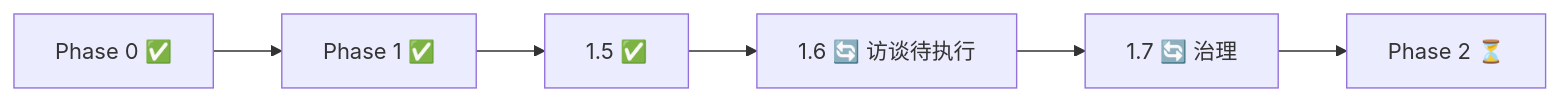
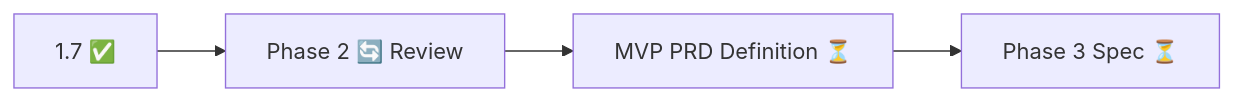
Before and after one commit to LeapMaCoder/ai-engineer-os: the diagram in docs/00_Project/Project_Dashboard.md, drawn with Mermaid. The commit also changed other lines of this file and 20 other files, not shown here.

First line of the commit message:
docs: add Phase 2 MVP definition and Founder Review revisions

````diff
--- a/docs/00_Project/Project_Dashboard.md
+++ b/docs/00_Project/Project_Dashboard.md
@@ -33,8 +31,6 @@
 ```mermaid
 flowchart LR
-  P0[Phase 0 ✅] --> P1[Phase 1 ✅]
-  P1 --> P15[1.5 ✅]
-  P15 --> P16[1.6 🔄 访谈待执行]
-  P16 --> P17[1.7 🔄 治理]
-  P17 --> P2[Phase 2 ⏳]
+  P17[1.7 ✅] --> P2[Phase 2 🔄 Review]
+  P2 --> P2b[MVP PRD Definition ⏳]
+  P2b --> P3[Phase 3 Spec ⏳]
 ```
````
